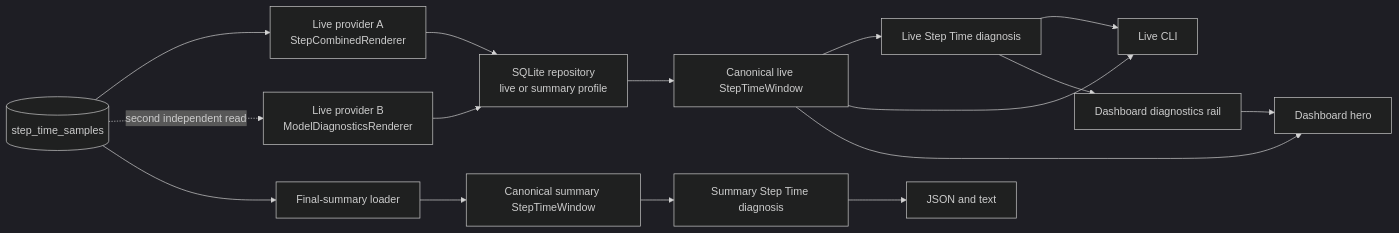
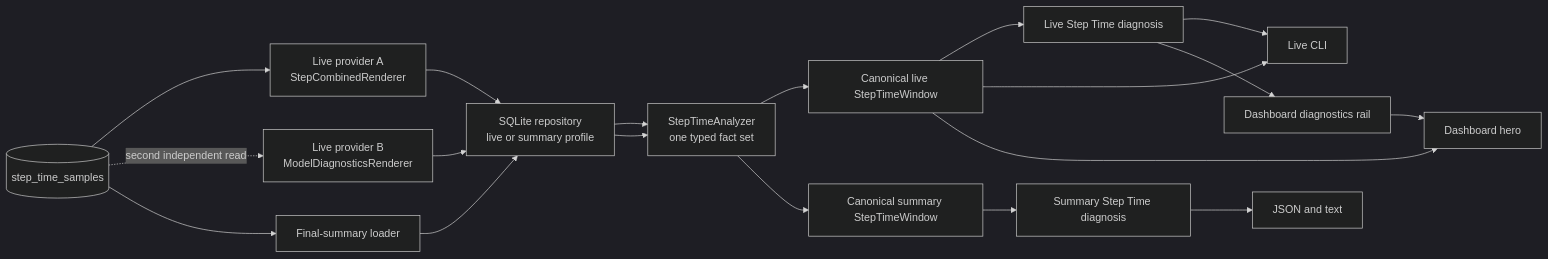
Before and after one commit to traceopt-ai/traceml: the diagram in docs/developer_guide/step-time-pipeline-contract.md, drawn with Mermaid (dark theme). The commit also changed other lines of this file and 29 other files, not shown here.

Commit message:
Abhinav/step time/edit3.1 (#297)

````diff
--- a/docs/developer_guide/step-time-pipeline-contract.md
+++ b/docs/developer_guide/step-time-pipeline-contract.md
@@ -14,27 +14,28 @@
 ```mermaid
 flowchart LR
     DB[(step_time_samples)]
     A["Live provider A<br/>StepCombinedRenderer"]
     B["Live provider B<br/>ModelDiagnosticsRenderer"]
     L["SQLite repository<br/>live or summary profile"]
+    ANALYZE["StepTimeAnalyzer<br/>one typed fact set"]
     W["Canonical live StepTimeWindow"]
     D["Live Step Time diagnosis"]
     CLI["Live CLI"]
     HERO["Dashboard hero"]
     RAIL["Dashboard diagnostics rail"]
     S["Final-summary loader"]
     SW["Canonical summary StepTimeWindow"]
     SD["Summary Step Time diagnosis"]
     OUT["JSON and text"]
 
-    DB --> A --> L --> W
+    DB --> A --> L --> ANALYZE --> W
     DB -. "second independent read" .-> B
     B --> L
     W --> D
     W --> CLI
     W --> HERO
     D --> CLI
     D --> RAIL
     RAIL --> HERO
-    DB --> S --> SW --> SD --> OUT
+    DB --> S --> L --> ANALYZE --> SW --> SD --> OUT
 ```
````
